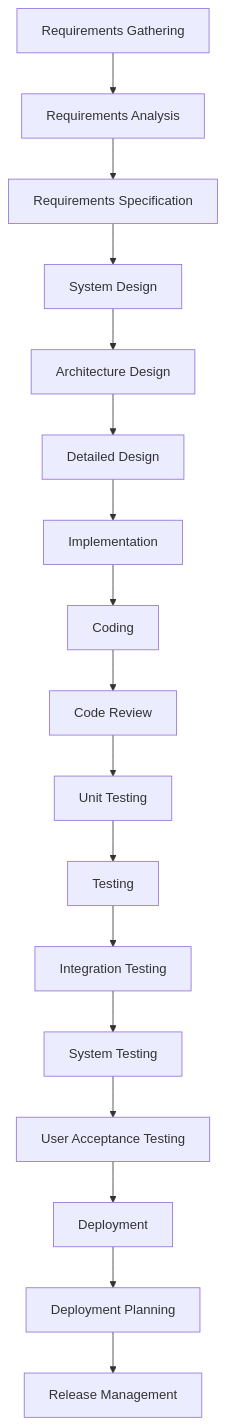
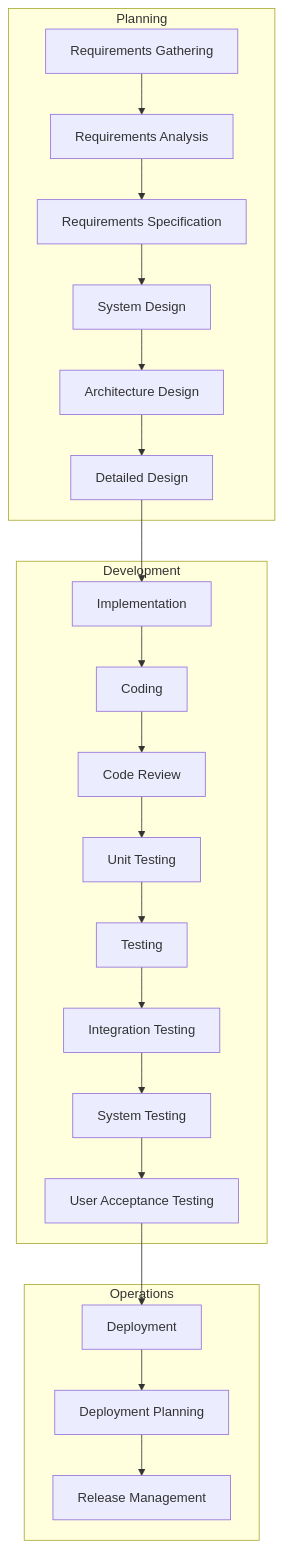
Diagram 17 of 54 in temp-charts/flowchart_sequence/README.md (isauravmanitripathi/Animate-Mermaid-Chart), drawn with Mermaid before and after one commit. The commit also changed other lines of this file and 58 other files, not shown here.

Commit message:
added proper working diagrams

````diff
--- a/temp-charts/flowchart_sequence/README.md
+++ b/temp-charts/flowchart_sequence/README.md
@@ -223,19 +439,45 @@
 ```mermaid
 flowchart TD
-A[Requirements Gathering] --> A1[Requirements Analysis]
-A1 --> A2[Requirements Specification]
-A2 --> B[System Design]
-B --> B1[Architecture Design]
-B1 --> B2[Detailed Design]
-B2 --> C[Implementation]
-C --> C1[Coding]
-C1 --> C2[Code Review]
-C2 --> C3[Unit Testing]
-C3 --> D[Testing]
-D --> D1[Integration Testing]
-D1 --> D2[System Testing]
-D2 --> D3[User Acceptance Testing]
-D3 --> E[Deployment]
-E --> E1[Deployment Planning]
-E1 --> E2[Release Management]
+    A[Requirements Gathering] --> A1[Requirements Analysis]
+    A1 --> A2[Requirements Specification]
+    A2 --> B[System Design]
+    B --> B1[Architecture Design]
+    B1 --> B2[Detailed Design]
+    B2 --> C[Implementation]
+    C --> C1[Coding]
+    C1 --> C2[Code Review]
+    C2 --> C3[Unit Testing]
+    C3 --> D[Testing]
+    D --> D1[Integration Testing]
+    D1 --> D2[System Testing]
+    D2 --> D3[User Acceptance Testing]
+    D3 --> E[Deployment]
+    E --> E1[Deployment Planning]
+    E1 --> E2[Release Management]
+
+subgraph Planning
+A
+A1
+A2
+B
+B1
+B2
+end
+
+subgraph Development
+C
+C1
+C2
+C3
+D
+D1
+D2
+D3
+end
+
+subgraph Operations
+E
+E1
+E2
+end
 ```
````
